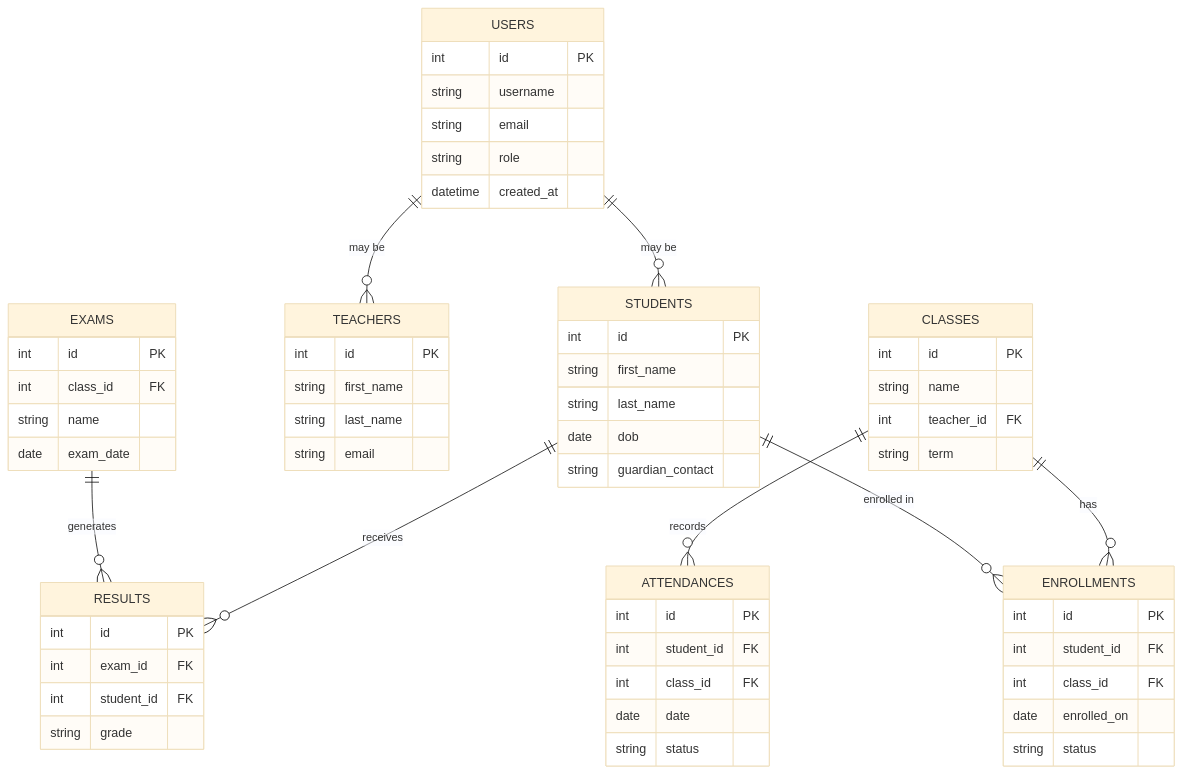
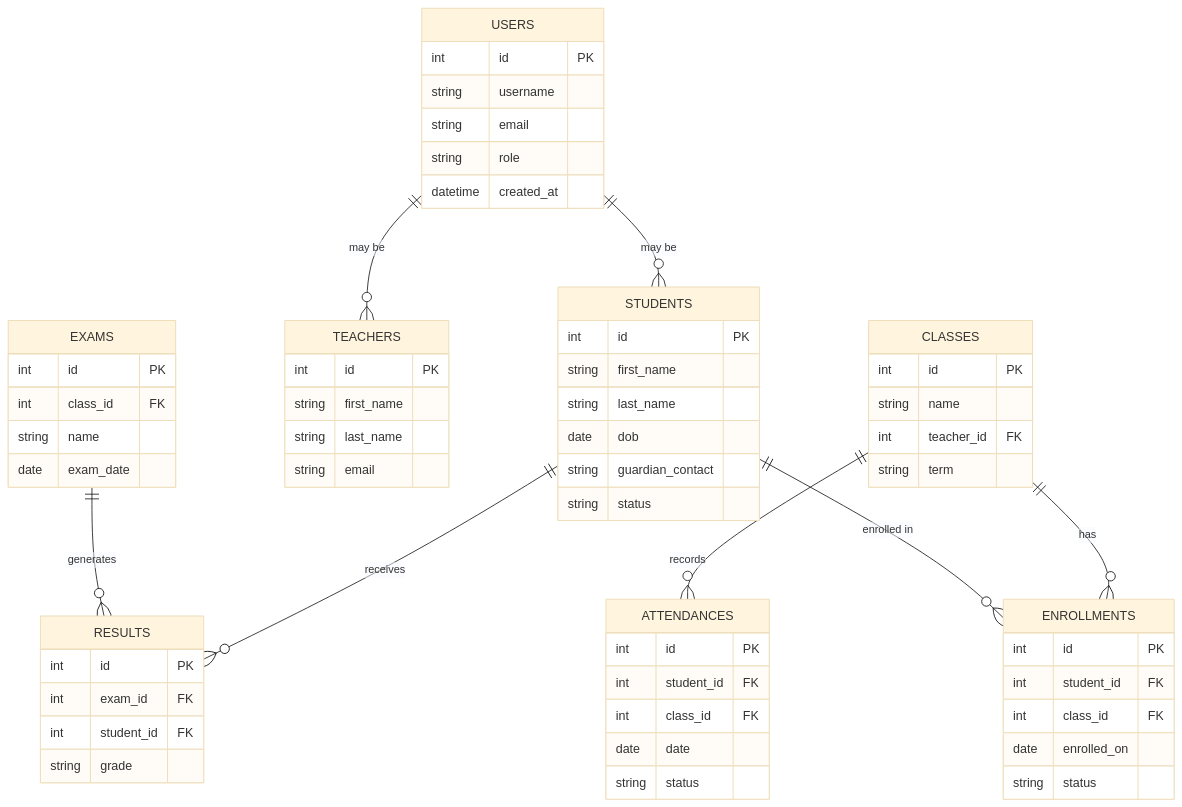
One commit to ashwanik0777/school-management changed the second of 3 diagrams in README.md. Above: the diagram before and after it, drawn with Mermaid (base theme). The commit also changed other lines of this file, not shown here.

````diff
--- a/README.md
+++ b/README.md
@@ -147,63 +239,64 @@
 ```mermaid
 erDiagram
   USERS {
     int id PK
     string username
     string email
     string role
     datetime created_at
   }
   STUDENTS {
     int id PK
     string first_name
     string last_name
     date dob
     string guardian_contact
+    string status
   }
   TEACHERS {
     int id PK
     string first_name
     string last_name
     string email
   }
   CLASSES {
     int id PK
     string name
     int teacher_id FK
     string term
   }
   ENROLLMENTS {
     int id PK
     int student_id FK
     int class_id FK
     date enrolled_on
     string status
   }
   ATTENDANCES {
     int id PK
     int student_id FK
     int class_id FK
     date date
     string status
   }
   EXAMS {
     int id PK
     int class_id FK
     string name
     date exam_date
   }
   RESULTS {
     int id PK
     int exam_id FK
     int student_id FK
     string grade
   }
 
   USERS ||--o{ STUDENTS : "may be"
   USERS ||--o{ TEACHERS : "may be"
   STUDENTS ||--o{ ENROLLMENTS : "enrolled in"
   CLASSES ||--o{ ENROLLMENTS : "has"
   CLASSES ||--o{ ATTENDANCES : "records"
   EXAMS ||--o{ RESULTS : "generates"
   STUDENTS ||--o{ RESULTS : "receives"
 ```
````
